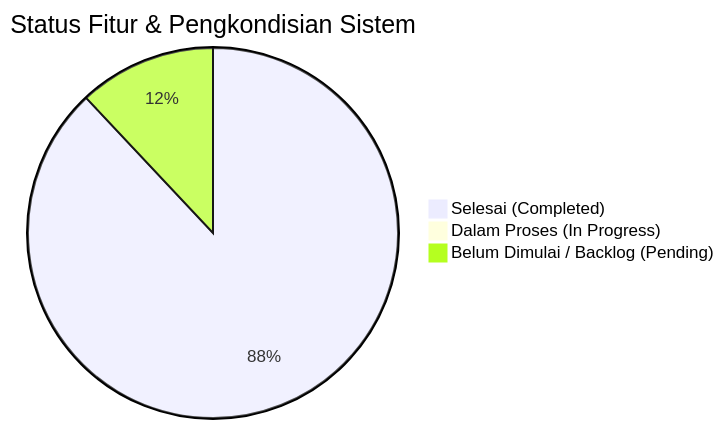
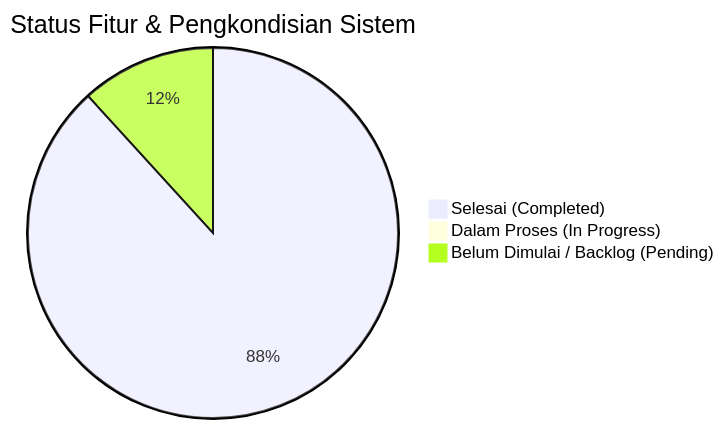
The diagram in docs/progress_pengembangan_sistem_presensi.md (4lliiifffff/pengembangan-presensi-pkbmpikat), drawn with Mermaid before and after one commit. The commit also changed other lines of this file and 5 other files, not shown here.

````diff
--- a/docs/progress_pengembangan_sistem_presensi.md
+++ b/docs/progress_pengembangan_sistem_presensi.md
@@ -12,6 +12,6 @@
 ```mermaid
 pie title Status Fitur & Pengkondisian Sistem
-    "Selesai (Completed)" : 44
+    "Selesai (Completed)" : 45
     "Dalam Proses (In Progress)" : 0
     "Belum Dimulai / Backlog (Pending)" : 6
 ```
````
